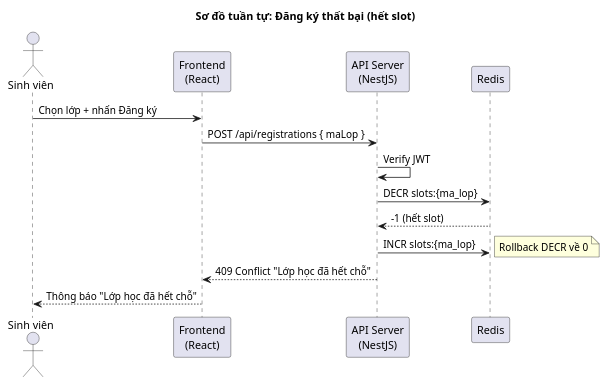
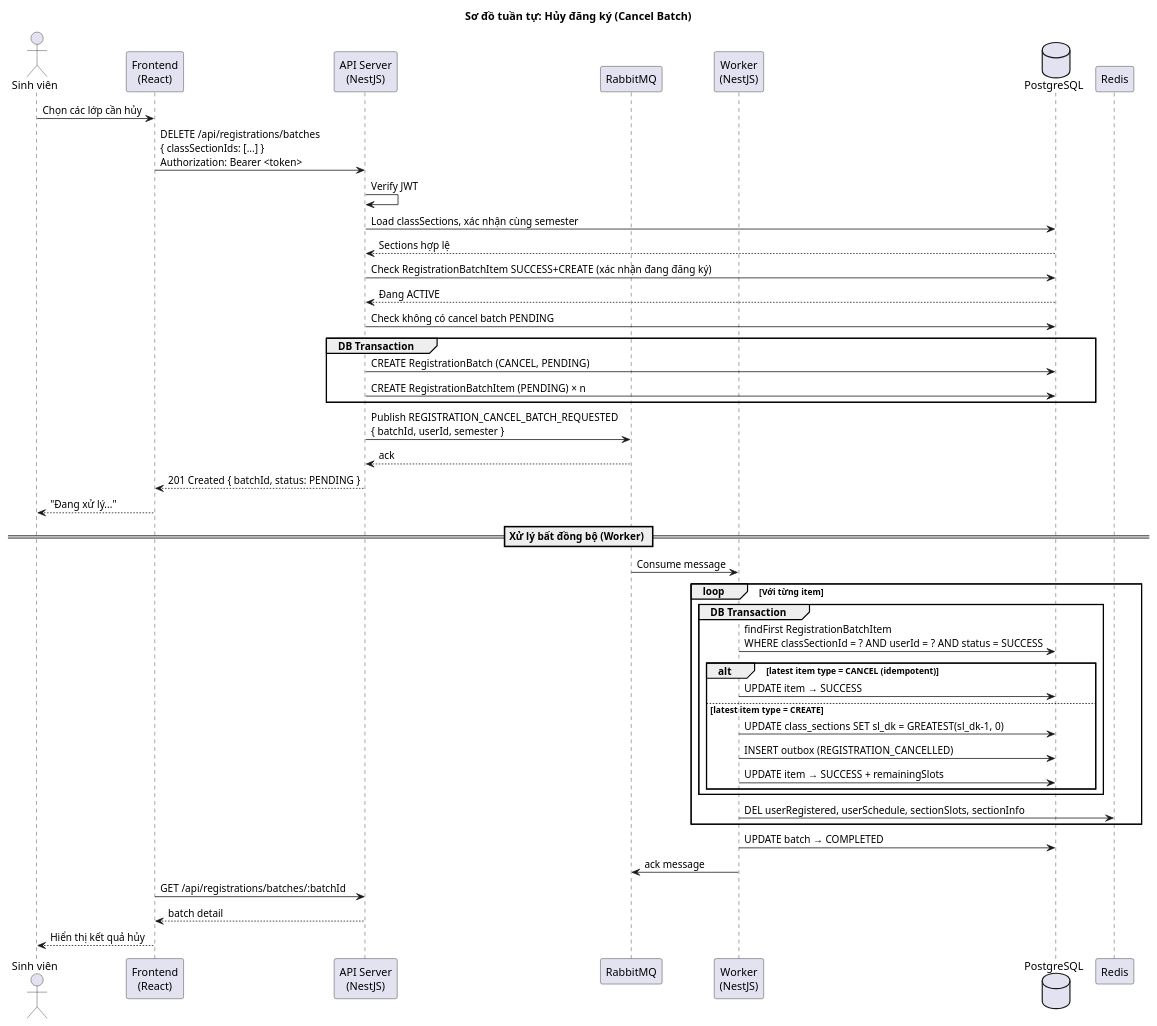
Before and after one commit to huyhuyqazwsx/do_an_tot_nghiep: the fourth of 8 diagrams in docs/doc/sequence-diagrams.md, drawn with PlantUML. The commit also changed other lines of this file and 99 other files, not shown here.

First line of the commit message:
feat: refactor architecture, add scheduler app and mail module

````diff
--- a/docs/doc/sequence-diagrams.md
+++ b/docs/doc/sequence-diagrams.md
@@ -163,24 +167,60 @@
 ```plantuml
-@startuml SD_DangKy_HetSlot
-title Sơ đồ tuần tự: Đăng ký thất bại (hết slot)
+@startuml SD_CancelBatch
+title Sơ đồ tuần tự: Hủy đăng ký (Cancel Batch)
 
 actor "Sinh viên" as SV
 participant "Frontend\n(React)" as FE
 participant "API Server\n(NestJS)" as API
+participant "RabbitMQ" as MQ
+participant "Worker\n(NestJS)" as Worker
+database "PostgreSQL" as DB
 participant "Redis" as Redis
 
-SV -> FE : Chọn lớp + nhấn Đăng ký
-FE -> API : POST /api/registrations { maLop }
+SV -> FE : Chọn các lớp cần hủy
+
+FE -> API : DELETE /api/registrations/batches\n{ classSectionIds: [...] }\nAuthorization: Bearer <token>
+
 API -> API : Verify JWT
+API -> DB : Load classSections, xác nhận cùng semester
+DB --> API : Sections hợp lệ
+API -> DB : Check RegistrationBatchItem SUCCESS+CREATE (xác nhận đang đăng ký)
+DB --> API : Đang ACTIVE
+API -> DB : Check không có cancel batch PENDING
 
-API -> Redis : DECR slots:{ma_lop}
-Redis --> API : -1 (hết slot)
+group DB Transaction
+    API -> DB : CREATE RegistrationBatch (CANCEL, PENDING)
+    API -> DB : CREATE RegistrationBatchItem (PENDING) × n
+end
 
-API -> Redis : INCR slots:{ma_lop}
-note right : Rollback DECR về 0
+API -> MQ : Publish REGISTRATION_CANCEL_BATCH_REQUESTED\n{ batchId, userId, semester }
+MQ --> API : ack
+API --> FE : 201 Created { batchId, status: PENDING }
+FE --> SV : "Đang xử lý..."
 
-API --> FE : 409 Conflict "Lớp học đã hết chỗ"
-FE --> SV : Thông báo "Lớp học đã hết chỗ"
+== Xử lý bất đồng bộ (Worker) ==
+
+MQ -> Worker : Consume message
+
+loop Với từng item
+    group DB Transaction
+        Worker -> DB : findFirst RegistrationBatchItem\nWHERE classSectionId = ? AND userId = ? AND status = SUCCESS
+        alt latest item type = CANCEL (idempotent)
+            Worker -> DB : UPDATE item → SUCCESS
+        else latest item type = CREATE
+            Worker -> DB : UPDATE class_sections SET sl_dk = GREATEST(sl_dk-1, 0)
+            Worker -> DB : INSERT outbox (REGISTRATION_CANCELLED)
+            Worker -> DB : UPDATE item → SUCCESS + remainingSlots
+        end
+    end
+    Worker -> Redis : DEL userRegistered, userSchedule, sectionSlots, sectionInfo
+end
+
+Worker -> DB : UPDATE batch → COMPLETED
+Worker -> MQ : ack message
+
+FE -> API : GET /api/registrations/batches/:batchId
+API --> FE : batch detail
+FE --> SV : Hiển thị kết quả hủy
 
 @enduml
 ```
````
